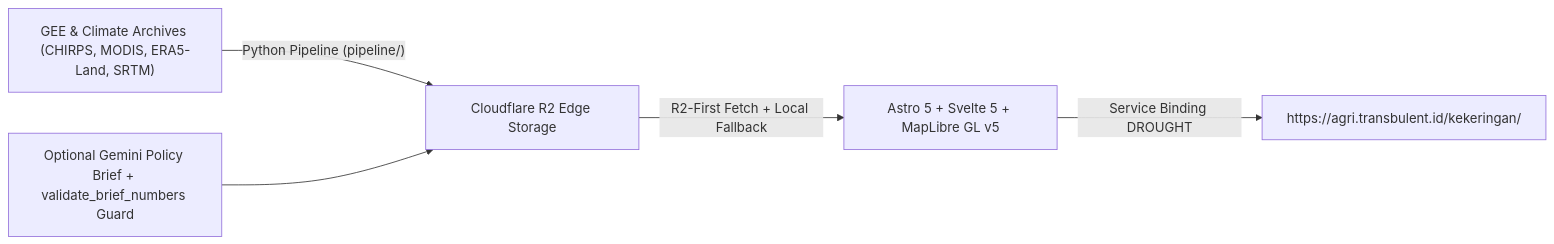
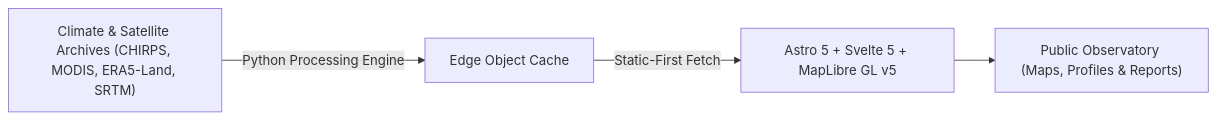
Before and after one commit to gisrad/drought-in-control: the diagram in README.md, drawn with Mermaid. The commit also changed other lines of this file and 8 other files, not shown here.

````diff
--- a/README.md
+++ b/README.md
@@ -70,7 +70,6 @@
 ```mermaid
 flowchart LR
-  GEE["GEE & Climate Archives (CHIRPS, MODIS, ERA5-Land, SRTM)"] -->|"Python Pipeline (pipeline/)"| R2["Cloudflare R2 Edge Storage"]
-  Brief["Optional Gemini Policy Brief + validate_brief_numbers Guard"] --> R2
-  R2 -->|"R2-First Fetch + Local Fallback"| Web["Astro 5 + Svelte 5 + MapLibre GL v5"]
-  Web -->|"Service Binding DROUGHT"| Edge["https://agri.transbulent.id/kekeringan/"]
+  EO["Climate & Satellite Archives (CHIRPS, MODIS, ERA5-Land, SRTM)"] -->|"Python Processing Engine"| Cache["Edge Object Cache"]
+  Cache -->|"Static-First Fetch"| App["Astro 5 + Svelte 5 + MapLibre GL v5"]
+  App --> Live["Public Observatory (Maps, Profiles & Reports)"]
 ```
````
